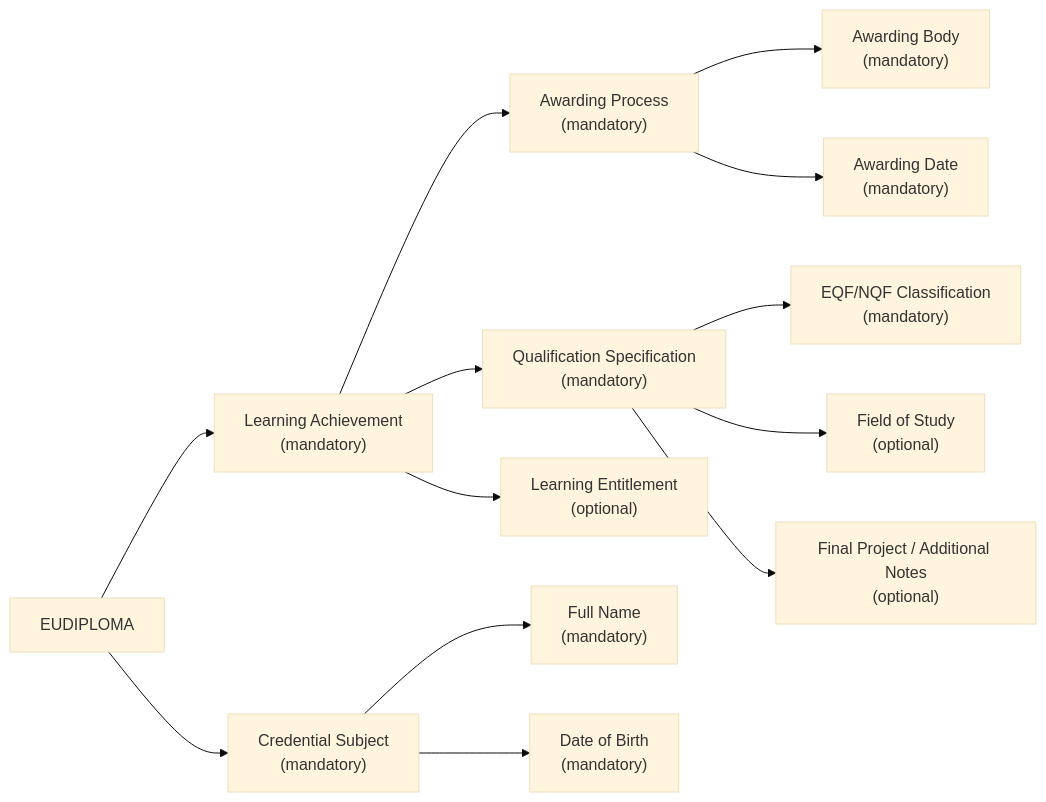
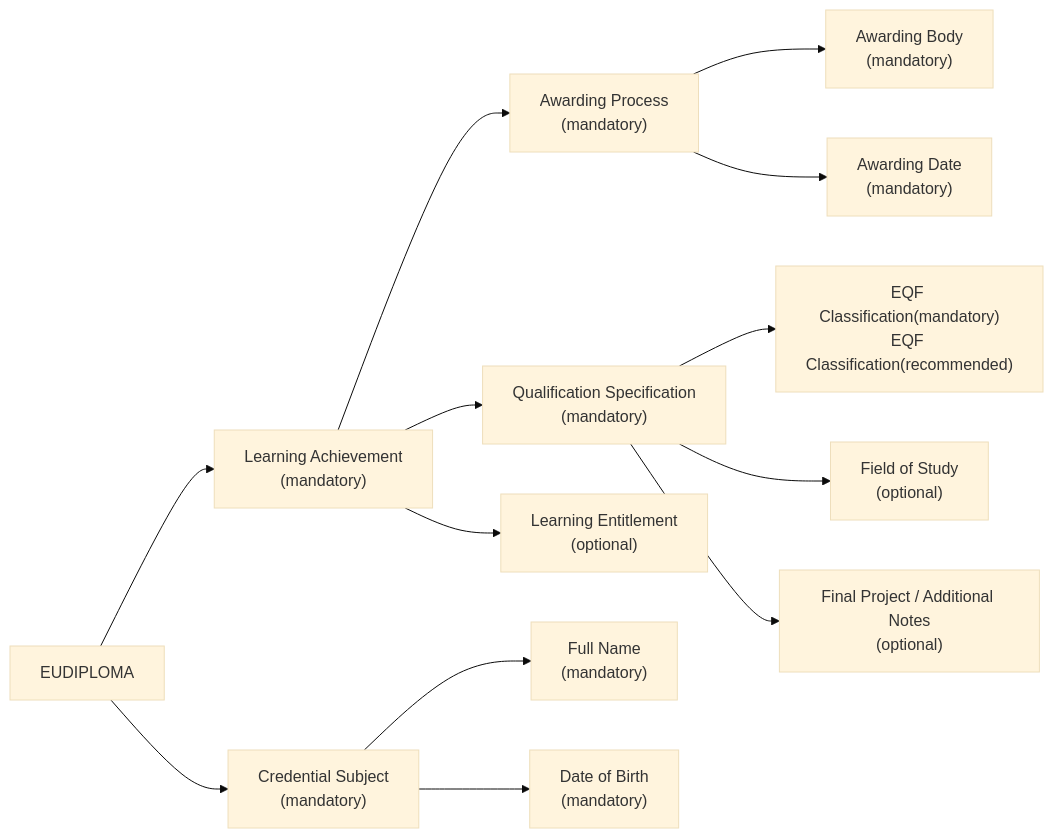
Before and after one commit to dc4eu/educational-pilot: the diagram in sectorial-eaa-catalogue/formal-education/highereducation-diploma.md, drawn with Mermaid (base theme). The commit also changed other lines of this file, not shown here.

````diff
--- a/sectorial-eaa-catalogue/formal-education/highereducation-diploma.md
+++ b/sectorial-eaa-catalogue/formal-education/highereducation-diploma.md
@@ -71,15 +71,15 @@
 ```mermaid
 flowchart LR
     A["EUDIPLOMA"] --> B["Learning Achievement<br>(mandatory)"]
     B --> C["Awarding Process<br>(mandatory)"]
     C --> D["Awarding Body<br>(mandatory)"]
     C --> E["Awarding Date<br>(mandatory)"]
     B --> F["Qualification Specification<br>(mandatory)"]
-    F --> G["EQF/NQF Classification<br>(mandatory)"]
+    F --> G["EQF Classification(mandatory)<br>EQF Classification(recommended)"]
     F --> H["Field of Study<br>(optional)"]
     F --> I["Final Project / Additional Notes<br>(optional)"]
     B --> J["Learning Entitlement<br>(optional)"]
     A --> K["Credential Subject<br>(mandatory)"]
     K --> L["Full Name<br>(mandatory)"]
     K --> M["Date of Birth<br>(mandatory)"]
 ```
````
